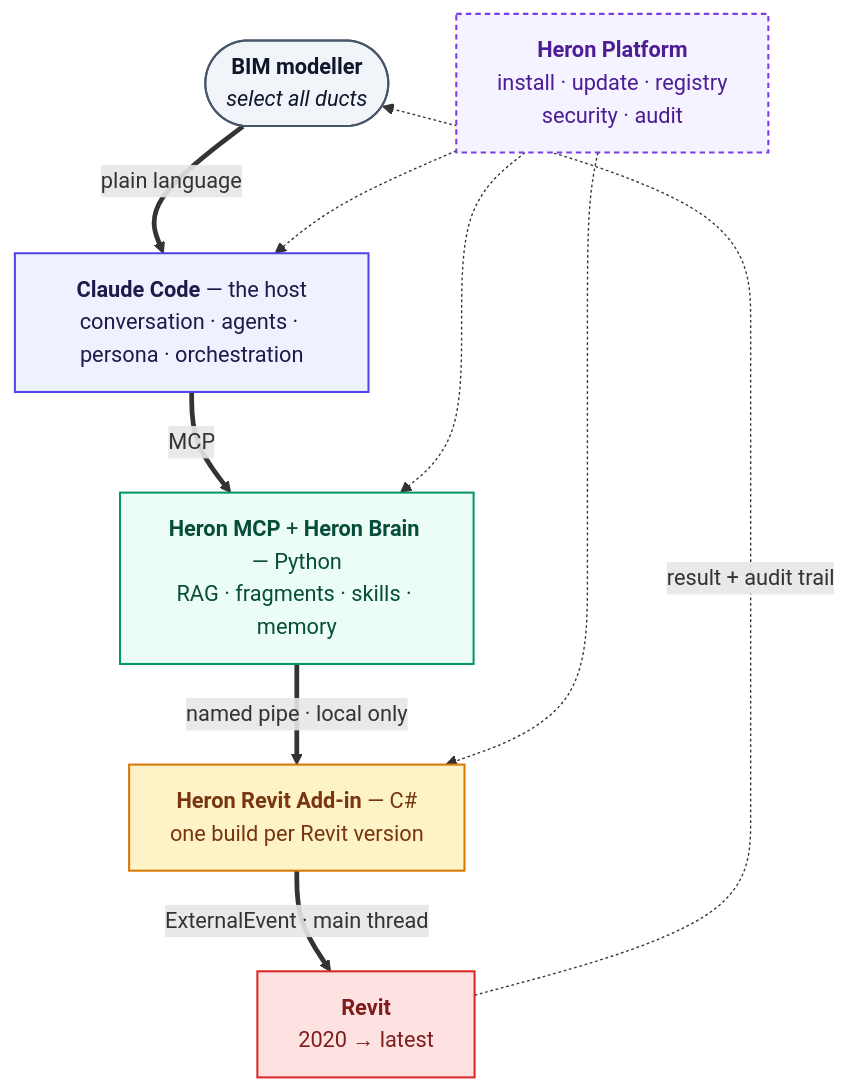
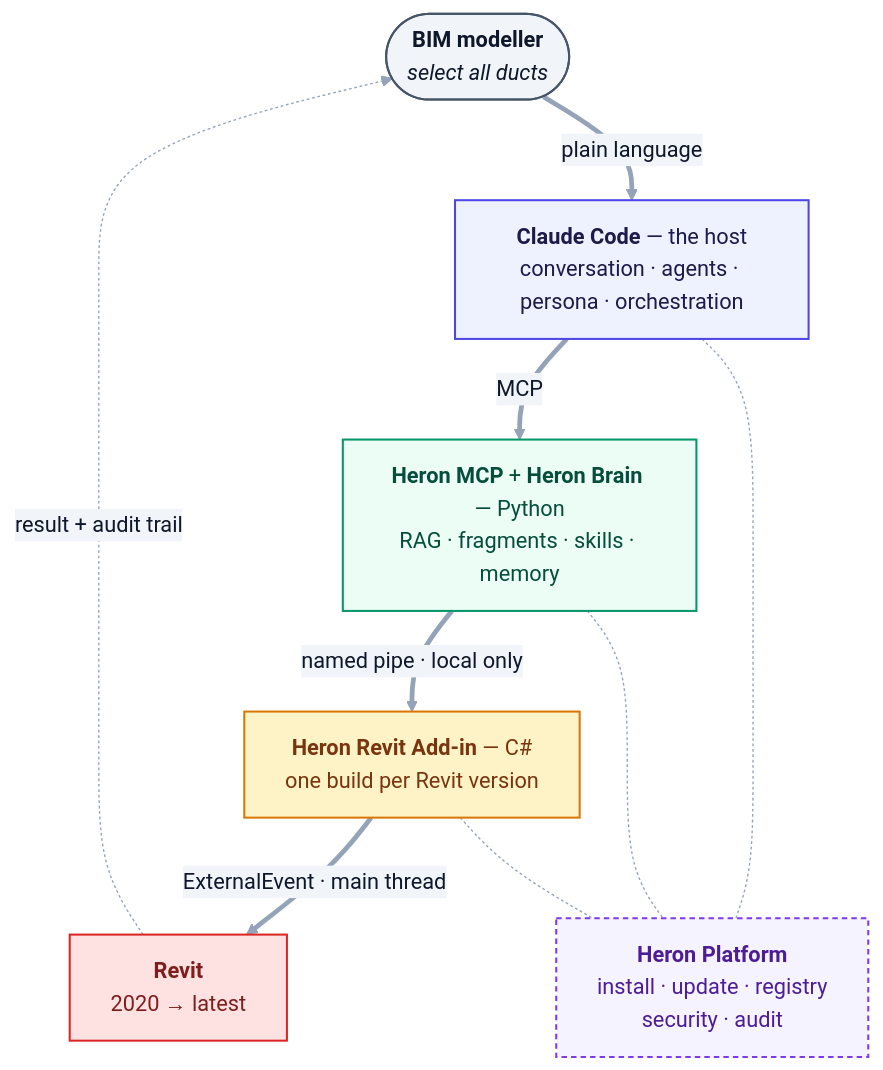
Before and after one commit to Ajmalpshaik/Heron-AI: the first of 2 diagrams in README.md, drawn with Mermaid. The commit also changed other lines of this file and 9 other files, not shown here.

````diff
--- a/README.md
+++ b/README.md
@@ -105,33 +105,32 @@
 ```mermaid
+%%{init: {"themeVariables": {"edgeLabelBackground":"#F1F5F9","lineColor":"#94A3B8","textColor":"#0F172A","tertiaryTextColor":"#0F172A"}}}%%
 flowchart TD
     U(["<b>BIM modeller</b><br/><i>select all ducts</i>"])
     CC["<b>Claude Code</b> — the host<br/>conversation · agents · persona · orchestration"]
     BR["<b>Heron MCP</b> + <b>Heron Brain</b> — Python<br/>RAG · fragments · skills · memory"]
     AD["<b>Heron Revit Add-in</b> — C#<br/>one build per Revit version"]
     RV["<b>Revit</b><br/>2020 → latest"]
     PL["<b>Heron Platform</b><br/>install · update · registry<br/>security · audit"]
 
-    U   ==>|plain language| CC
-    CC  ==>|MCP| BR
-    BR  ==>|named pipe · local only| AD
-    AD  ==>|ExternalEvent · main thread| RV
-    RV  -.->|result + audit trail| U
+    RV -.->|result + audit trail| U
+    U ==>|plain language| CC
+    CC ==>|MCP| BR
+    BR ==>|named pipe · local only| AD
+    AD ==>|ExternalEvent · main thread| RV
+    CC -.- PL
+    BR -.- PL
+    AD -.- PL
 
-    PL -.-> CC
-    PL -.-> BR
-    PL -.-> AD
-
-    classDef user   fill:#F1F5F9,stroke:#475569,stroke-width:1.5px,color:#0F172A
-    classDef host   fill:#EEF2FF,stroke:#4F46E5,stroke-width:1.5px,color:#1E1B4B
-    classDef brain  fill:#ECFDF5,stroke:#059669,stroke-width:1.5px,color:#064E3B
-    classDef addin  fill:#FEF3C7,stroke:#D97706,stroke-width:1.5px,color:#78350F
-    classDef revit  fill:#FEE2E2,stroke:#DC2626,stroke-width:1.5px,color:#7F1D1D
-    classDef plat   fill:#F5F3FF,stroke:#7C3AED,stroke-width:1.5px,color:#4C1D95,stroke-dasharray:4 3
-
+    classDef user fill:#F1F5F9,stroke:#475569,stroke-width:1.5px,color:#0F172A
+    classDef host fill:#EEF2FF,stroke:#4F46E5,stroke-width:1.5px,color:#1E1B4B
+    classDef brain fill:#ECFDF5,stroke:#059669,stroke-width:1.5px,color:#064E3B
+    classDef addin fill:#FEF3C7,stroke:#D97706,stroke-width:1.5px,color:#78350F
+    classDef revit fill:#FEE2E2,stroke:#DC2626,stroke-width:1.5px,color:#7F1D1D
+    classDef plat fill:#F5F3FF,stroke:#7C3AED,stroke-width:1.5px,color:#4C1D95,stroke-dasharray:4 3
     class U user
     class CC host
     class BR brain
     class AD addin
     class RV revit
     class PL plat
 ```
````
